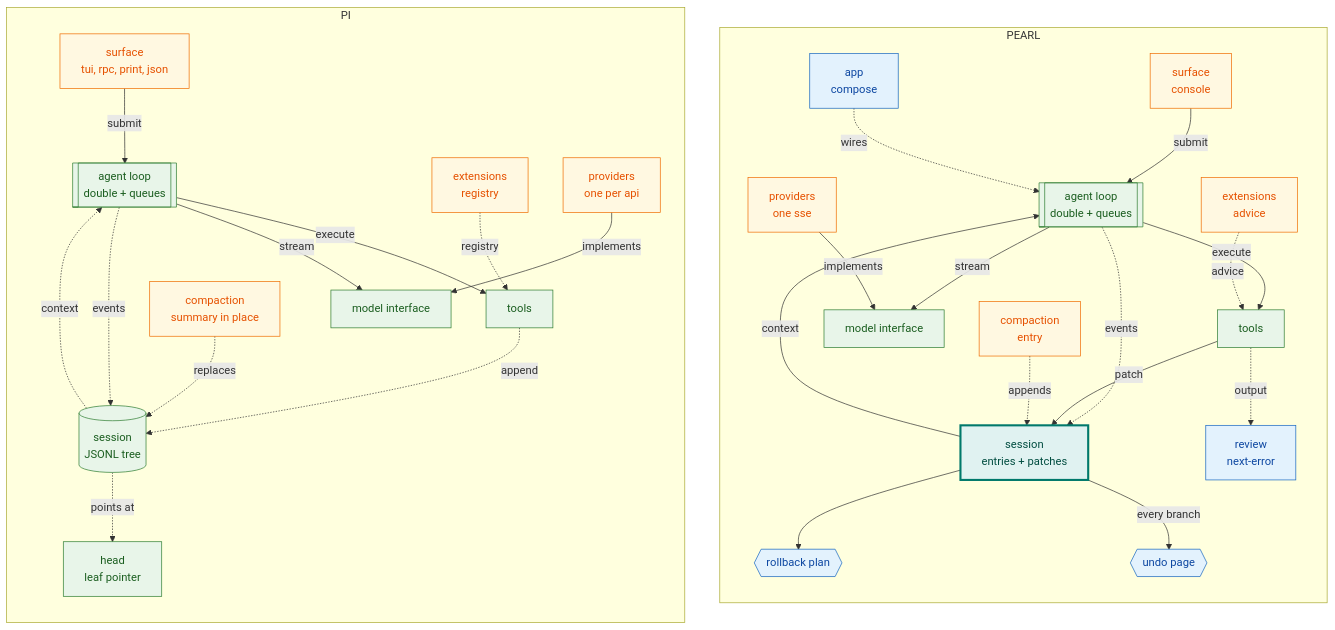
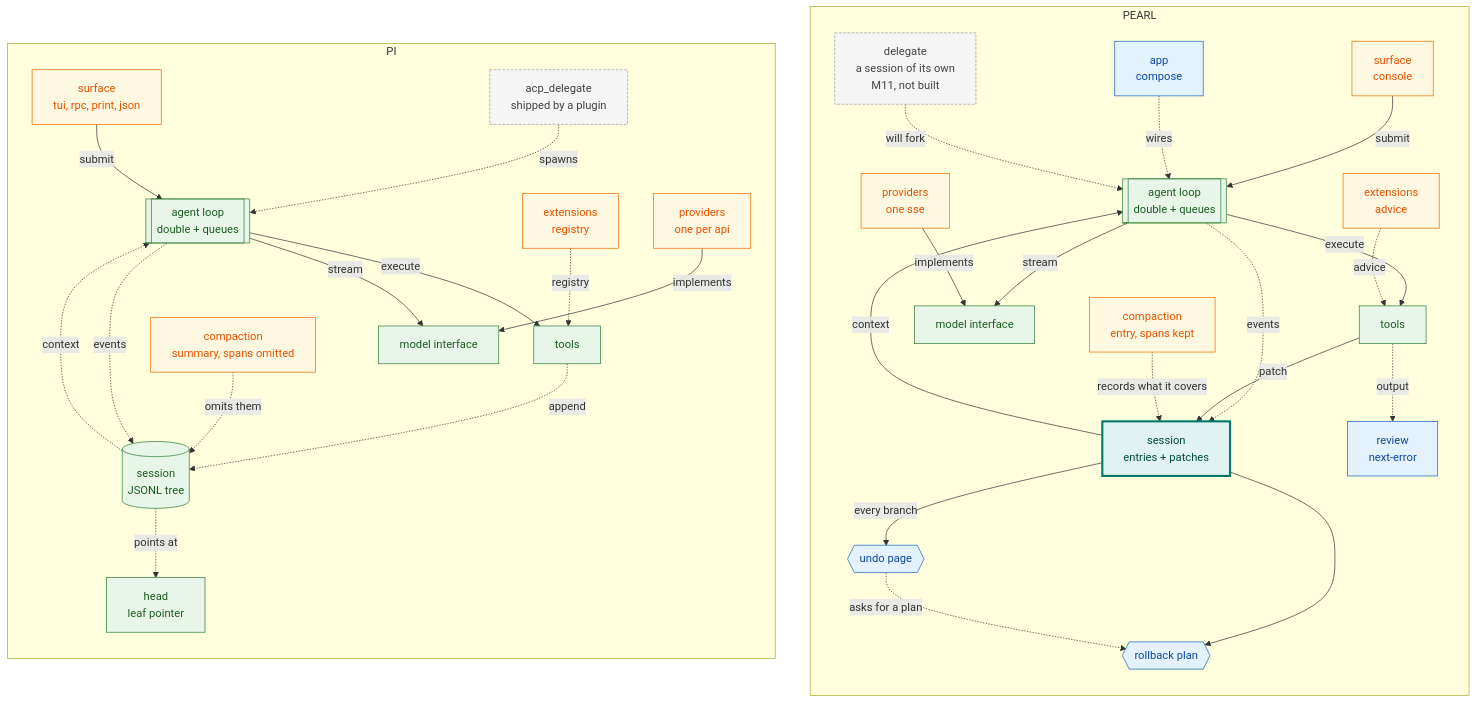
The diagram in README.md (OverbearingPearl/pearl), drawn with Mermaid before and after one commit. The commit also changed other lines of this file and 1 other file, not shown here.

First line of the commit message:
Draw the delegate, and stop overstating what compaction changes

````diff
--- a/README.md
+++ b/README.md
@@ -139,43 +139,48 @@
 ```mermaid
 flowchart TB
   subgraph R["PEARL"]
     direction TB
     r_surf["surface<br/>console"] -->|submit| r_loop[["agent loop<br/>double + queues"]]
     r_app["app<br/>compose"] -.->|wires| r_loop
     r_loop -->|execute| r_tools["tools"]
     r_loop -->|stream| r_model["model interface"]
     r_loop -.->|events| r_sess["session<br/>entries + patches"]
     r_tools -->|patch| r_sess
     r_sess -->|context| r_loop
     r_sess --> r_plan{{"rollback plan"}}
     r_sess -->|every branch| r_time{{"undo page"}}
+    r_time -.->|asks for a plan| r_plan
     r_tools -.->|output| r_review["review<br/>next-error"]
-    r_compact["compaction<br/>entry"] -.->|appends| r_sess
+    r_compact["compaction<br/>entry, spans kept"] -.->|records what it covers| r_sess
+    r_delegate["delegate<br/>a session of its own<br/>M11, not built"] -.->|will fork| r_loop
     r_ext["extensions<br/>advice"] -.->|advice| r_tools
     r_prov["providers<br/>one sse"] -->|implements| r_model
   end
   subgraph L["PI"]
     direction TB
     l_surf["surface<br/>tui, rpc, print, json"] -->|submit| l_loop[["agent loop<br/>double + queues"]]
     l_loop -->|execute| l_tools["tools"]
     l_loop -->|stream| l_model["model interface"]
     l_loop -.->|events| l_sess[("session<br/>JSONL tree")]
     l_tools -.->|append| l_sess
     l_sess -.->|context| l_loop
     l_sess -.->|points at| l_leaf["head<br/>leaf pointer"]
-    l_compact["compaction<br/>summary in place"] -.->|replaces| l_sess
+    l_compact["compaction<br/>summary, spans omitted"] -.->|omits them| l_sess
+    l_delegate["acp_delegate<br/>shipped by a plugin"] -.->|spawns| l_loop
     l_ext["extensions<br/>registry"] -.->|registry| l_tools
     l_prov["providers<br/>one per api"] -->|implements| l_model
   end
   classDef keep fill:#e8f5e9,stroke:#2e7d32,color:#1b5e20
   classDef moved fill:#e0f2f1,stroke:#00796b,color:#004d40,stroke-width:3px
   classDef added fill:#e3f2fd,stroke:#1565c0,color:#0d47a1
   classDef changed fill:#fff8e1,stroke:#ef6c00,color:#e65100
+  classDef planned fill:#f5f5f5,stroke:#9e9e9e,color:#424242,stroke-dasharray:4 2
   class l_loop,l_model,l_tools,l_sess,l_leaf,r_loop,r_model,r_tools keep
   class l_surf,l_ext,l_prov changed
   class r_surf,r_ext,r_prov changed
   class l_compact,r_compact changed
   class r_app added
   class r_sess moved
   class r_plan,r_time,r_review added
+  class l_delegate,r_delegate planned
 ```
````
